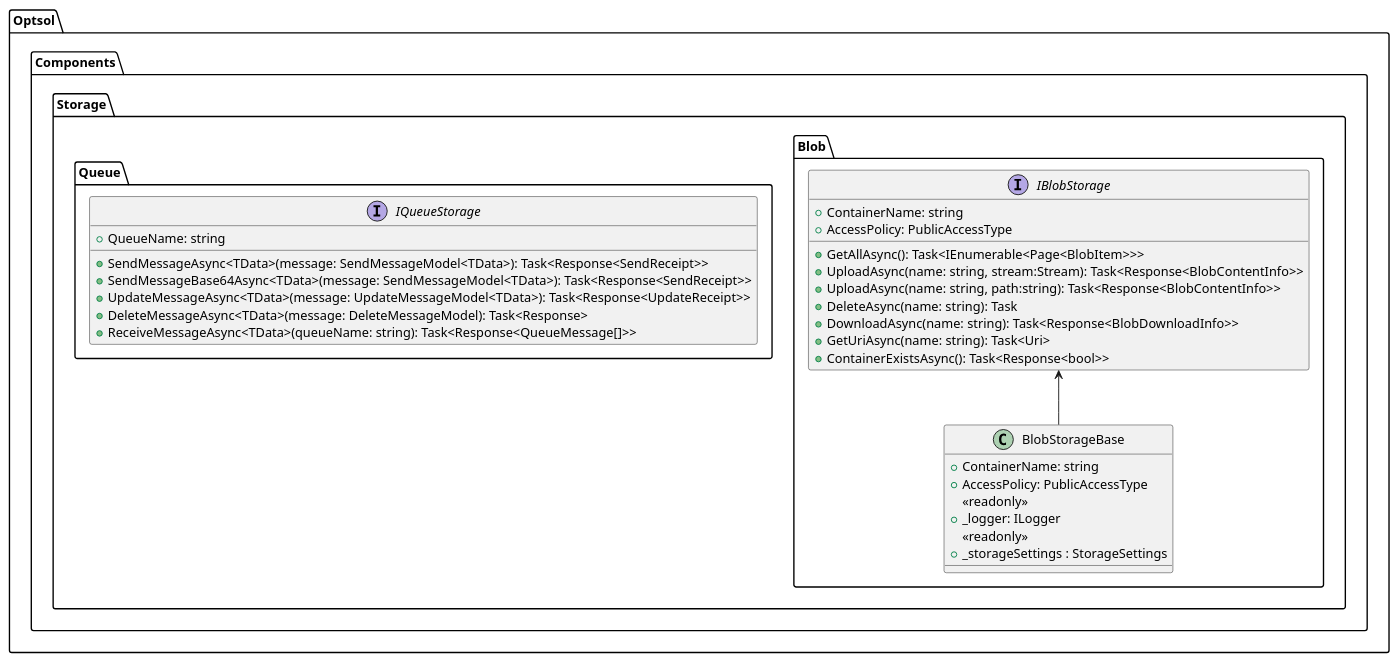
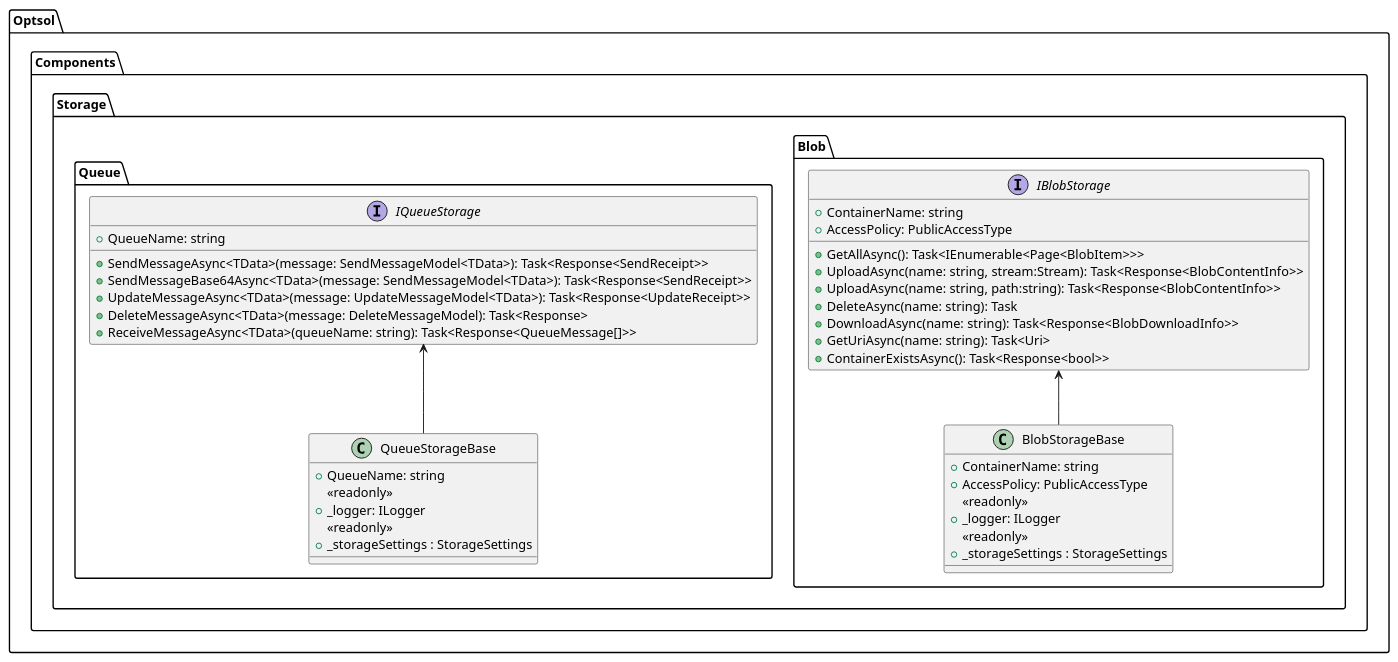
One commit to optsoldev/components-storage-package changed the diagram in .asserts/storage.puml. Above: the diagram before and after it, drawn with PlantUML. The commit also changed 1 other file, not shown here.

```diff
--- a/.asserts/storage.puml
+++ b/.asserts/storage.puml
@@ -1,47 +1,61 @@
 @startuml storage-component
 
 package Optsol.Components.Storage {
 
     package Blob {
         interface IBlobStorage{
             + ContainerName: string
             + AccessPolicy: PublicAccessType
             
             + GetAllAsync(): Task<IEnumerable<Page<BlobItem>>>
             + UploadAsync(name: string, stream:Stream): Task<Response<BlobContentInfo>>
             + UploadAsync(name: string, path:string): Task<Response<BlobContentInfo>>
             + DeleteAsync(name: string): Task
             + DownloadAsync(name: string): Task<Response<BlobDownloadInfo>>
             + GetUriAsync(name: string): Task<Uri>
             + ContainerExistsAsync(): Task<Response<bool>>
         }
 
         class BlobStorageBase{
             + ContainerName: string
             + AccessPolicy: PublicAccessType
             <<readonly>>
             + _logger: ILogger
             <<readonly>>
             + _storageSettings : StorageSettings
 
         }
 
         IBlobStorage <-- BlobStorageBase
     }
 
     package Queue {
         interface IQueueStorage{
             + QueueName: string
             
             + SendMessageAsync<TData>(message: SendMessageModel<TData>): Task<Response<SendReceipt>>
             + SendMessageBase64Async<TData>(message: SendMessageModel<TData>): Task<Response<SendReceipt>>
             + UpdateMessageAsync<TData>(message: UpdateMessageModel<TData>): Task<Response<UpdateReceipt>>
             + DeleteMessageAsync<TData>(message: DeleteMessageModel): Task<Response>
             + ReceiveMessageAsync<TData>(queueName: string): Task<Response<QueueMessage[]>>
             
         }
+
+        class QueueStorageBase{
+            + QueueName: string
+            <<readonly>>
+            + _logger: ILogger
+            <<readonly>>
+            + _storageSettings : StorageSettings
+
+        }
+
+        IQueueStorage <-- QueueStorageBase
+
     }
+
+    
 
 }
 
 @enduml
```
